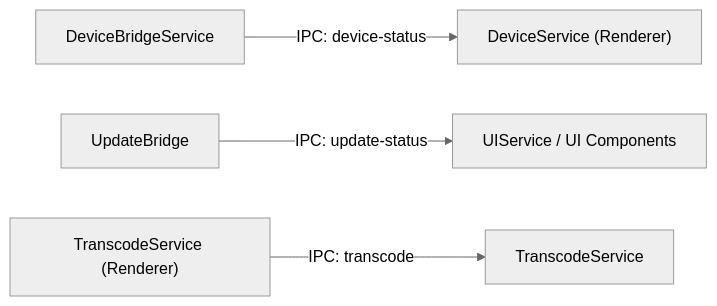
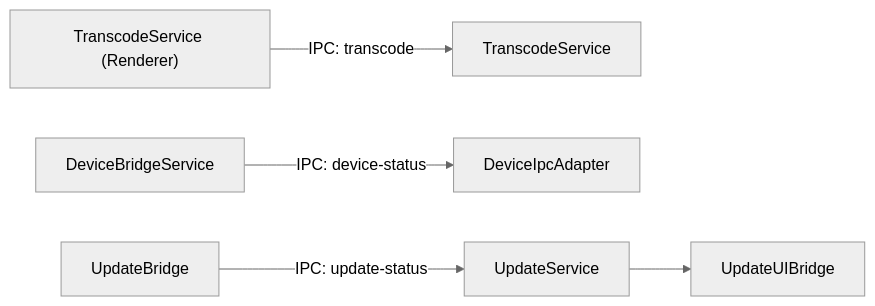
The sixth of 6 diagrams in docs/architecture-diagrams-onboarding.md (josstei/prismgb-app), drawn with Mermaid (neutral theme) before and after one commit. The commit also changed other lines of this file and 5 other files, not shown here.

````diff
--- a/docs/architecture-diagrams-onboarding.md
+++ b/docs/architecture-diagrams-onboarding.md
@@ -113,13 +115,15 @@
 ```mermaid
 flowchart LR
   DeviceBridge[DeviceBridgeService]
   UpdateBridge[UpdateBridge]
   TranscodeService[TranscodeService]
-  DeviceServiceRenderer["DeviceService (Renderer)"]
-  UIService["UIService / UI Components"]
+  DeviceIpcAdapter[DeviceIpcAdapter]
+  UpdateService[UpdateService]
+  UpdateUIBridge[UpdateUIBridge]
   TranscodeServiceRenderer["TranscodeService (Renderer)"]
 
-  DeviceBridge -- IPC: device-status --> DeviceServiceRenderer
-  UpdateBridge -- IPC: update-status --> UIService
+  DeviceBridge -- IPC: device-status --> DeviceIpcAdapter
+  UpdateBridge -- IPC: update-status --> UpdateService
+  UpdateService --> UpdateUIBridge
   TranscodeServiceRenderer -- IPC: transcode --> TranscodeService
 ```
````
